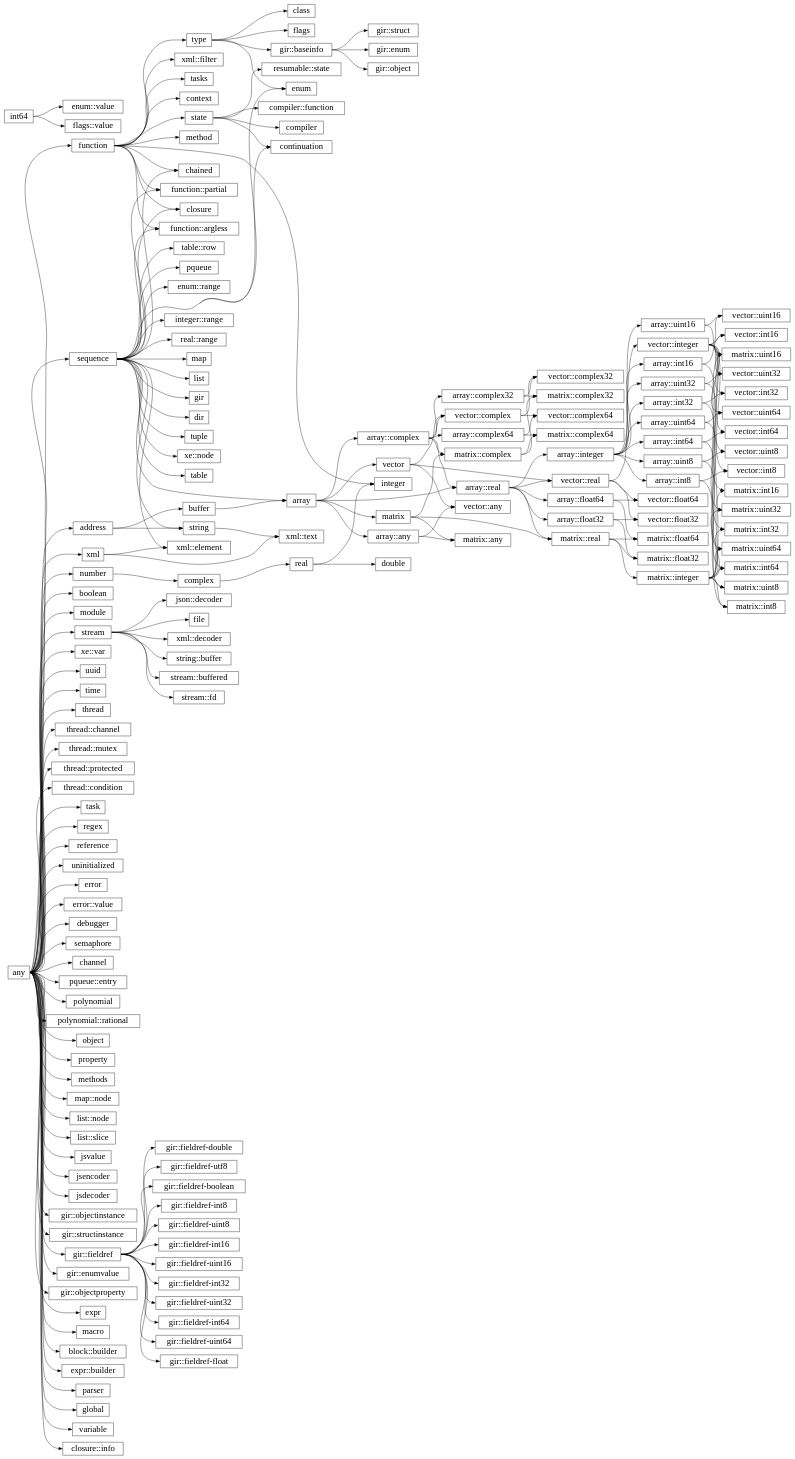
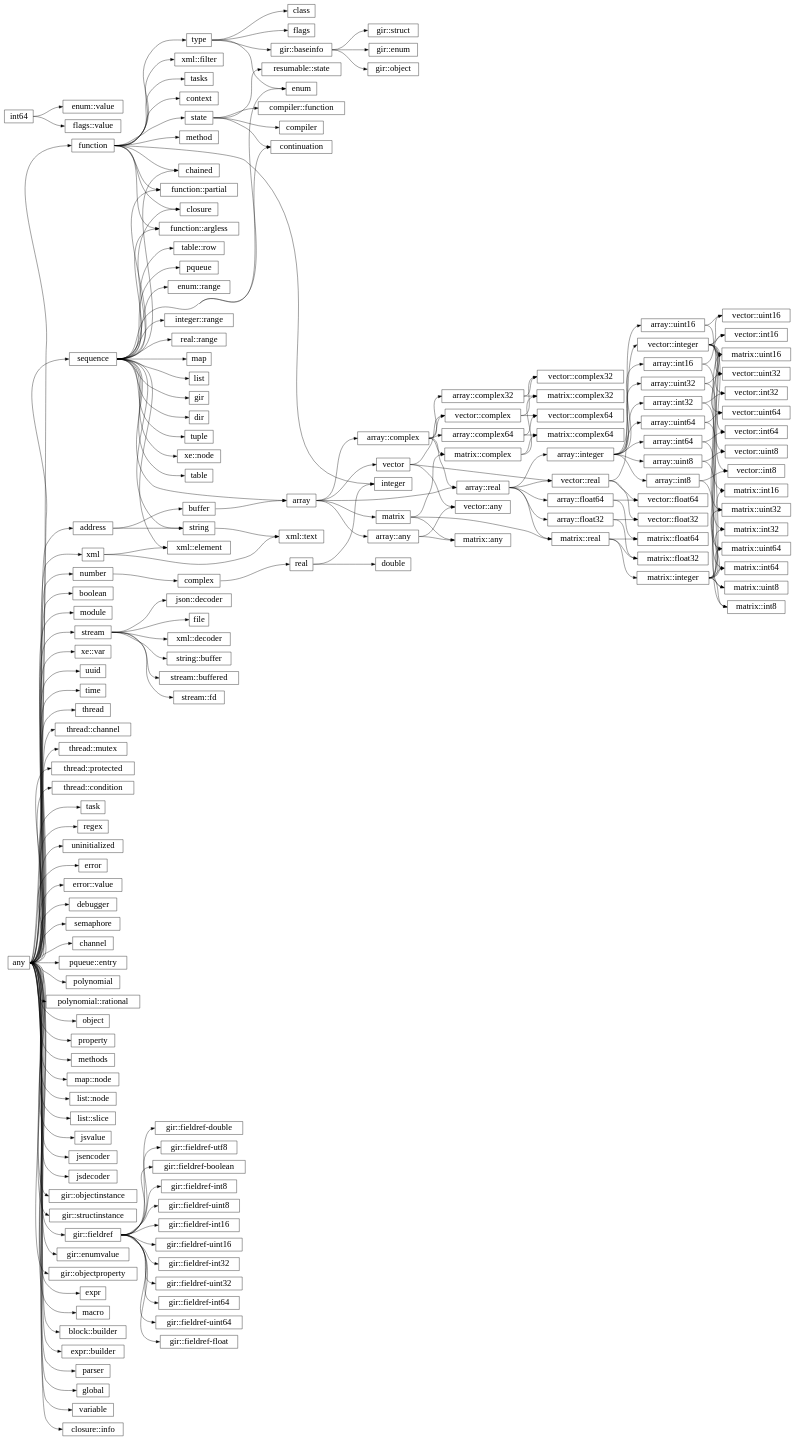
Before and after one commit to wrapl/minilang: the diagram in docs/library/hierarchy.rst, drawn with Graphviz. The commit also changed 6 other files, not shown here.

```diff
--- a/docs/library/hierarchy.rst
+++ b/docs/library/hierarchy.rst
@@ -56,7 +56,6 @@
       "function":e -> "context":w;
       "function":e -> "state":w;
       "state":e -> "resumable::state":w;
-      "any":e -> "reference":w;
       "any":e -> "uninitialized":w;
       "any":e -> "error":w;
       "any":e -> "error::value":w;
```
